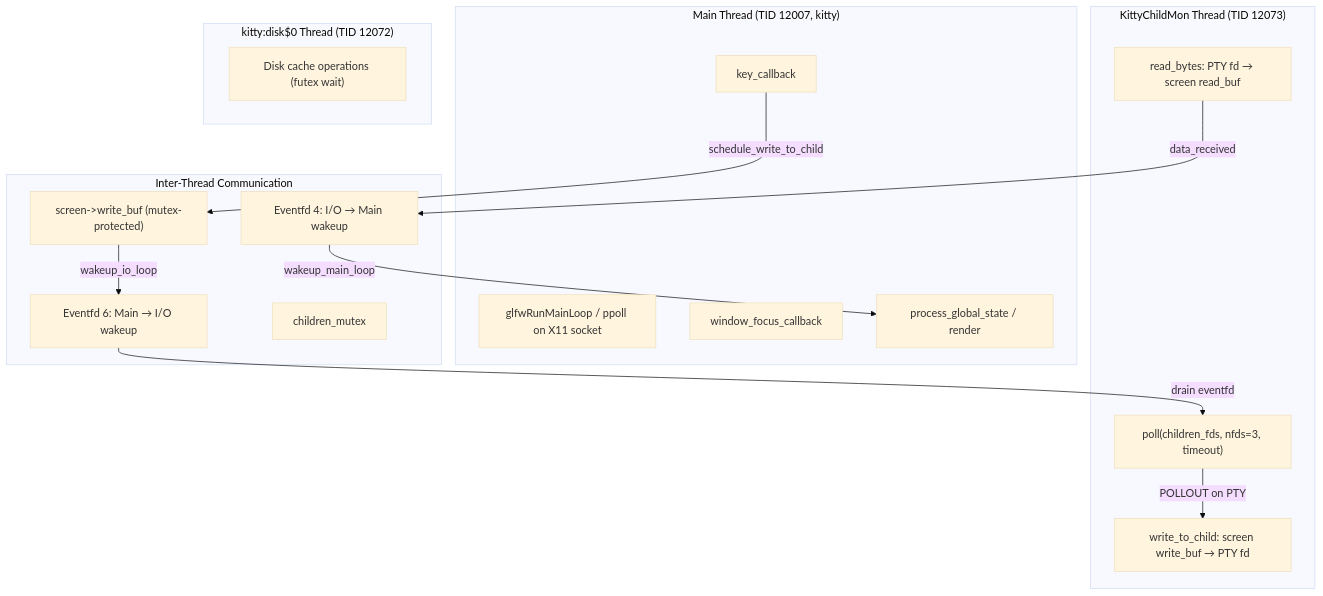
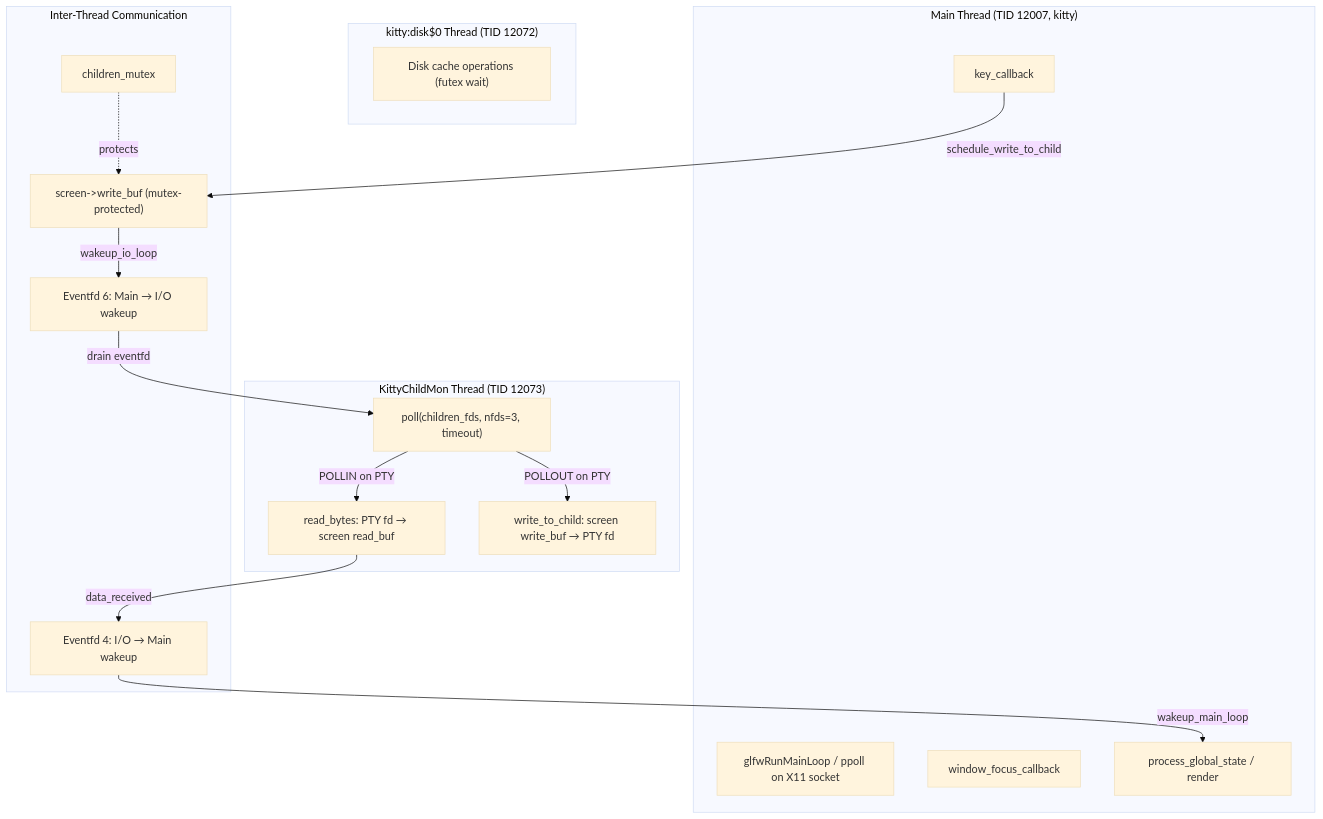
The third of 3 diagrams in blitzy/documentation/kitty_815df1e210e0.md (blitzy-research/kitty), drawn with Mermaid (base theme) before and after one commit. The commit also changed other lines of this file, not shown here.

````diff
--- a/blitzy/documentation/kitty_815df1e210e0.md
+++ b/blitzy/documentation/kitty_815df1e210e0.md
@@ -429,33 +434,35 @@
 ```mermaid
 flowchart TB
     subgraph MainThread["Main Thread (TID 12007, kitty)"]
         GLFW_LOOP["glfwRunMainLoop / ppoll on X11 socket"]
         KEY_CB["key_callback"]
         FOCUS_CB["window_focus_callback"]
         PROCESS_GS["process_global_state / render"]
     end
 
     subgraph IOThread["KittyChildMon Thread (TID 12073)"]
         IO_POLL["poll(children_fds, nfds=3, timeout)"]
         READ_BYTES["read_bytes: PTY fd → screen read_buf"]
         WRITE_CHILD["write_to_child: screen write_buf → PTY fd"]
     end
 
     subgraph DiskThread["kitty:disk$0 Thread (TID 12072)"]
         DISK_CACHE["Disk cache operations (futex wait)"]
     end
 
     subgraph Communication["Inter-Thread Communication"]
         WAKEUP_IO["Eventfd 6: Main → I/O wakeup"]
         WAKEUP_MAIN["Eventfd 4: I/O → Main wakeup"]
         WRITE_BUF["screen->write_buf (mutex-protected)"]
         CHILDREN_MUTEX["children_mutex"]
     end
 
     KEY_CB -->|"schedule_write_to_child"| WRITE_BUF
+    CHILDREN_MUTEX -.->|"protects"| WRITE_BUF
     WRITE_BUF -->|"wakeup_io_loop"| WAKEUP_IO
     WAKEUP_IO -->|"drain eventfd"| IO_POLL
     IO_POLL -->|"POLLOUT on PTY"| WRITE_CHILD
+    IO_POLL -->|"POLLIN on PTY"| READ_BYTES
     READ_BYTES -->|"data_received"| WAKEUP_MAIN
     WAKEUP_MAIN -->|"wakeup_main_loop"| PROCESS_GS
 ```
````
